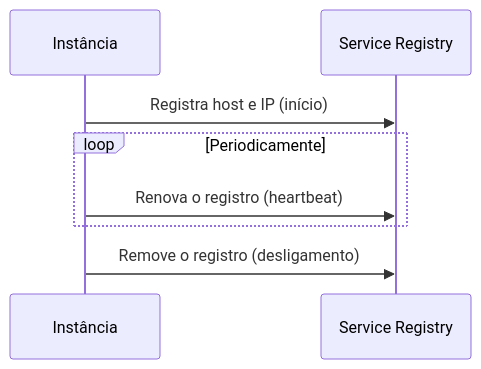
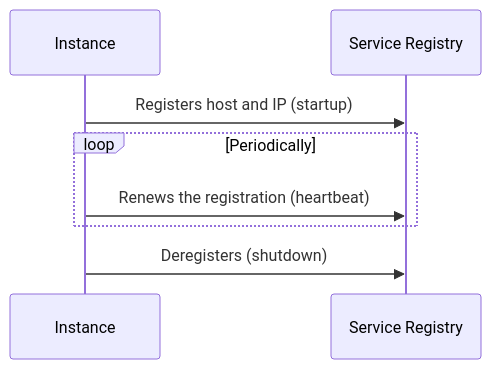
One commit to alancesar/design-patterns changed the diagram in docs/architecture/microservices/service-discovery/self-registration.md. Above: the diagram before and after it, drawn with Mermaid. The commit also changed 258 other files, not shown here.

First line of the commit message:
Translate Mermaid diagrams to English

````diff
--- a/docs/architecture/microservices/service-discovery/self-registration.md
+++ b/docs/architecture/microservices/service-discovery/self-registration.md
@@ -47,10 +47,10 @@
 ```mermaid
 sequenceDiagram
-    participant I as Instância
+    participant I as Instance
     participant R as Service Registry
-    I->>R: Registra host e IP (início)
-    loop Periodicamente
-        I->>R: Renova o registro (heartbeat)
+    I->>R: Registers host and IP (startup)
+    loop Periodically
+        I->>R: Renews the registration (heartbeat)
     end
-    I->>R: Remove o registro (desligamento)
+    I->>R: Deregisters (shutdown)
 ```
````
